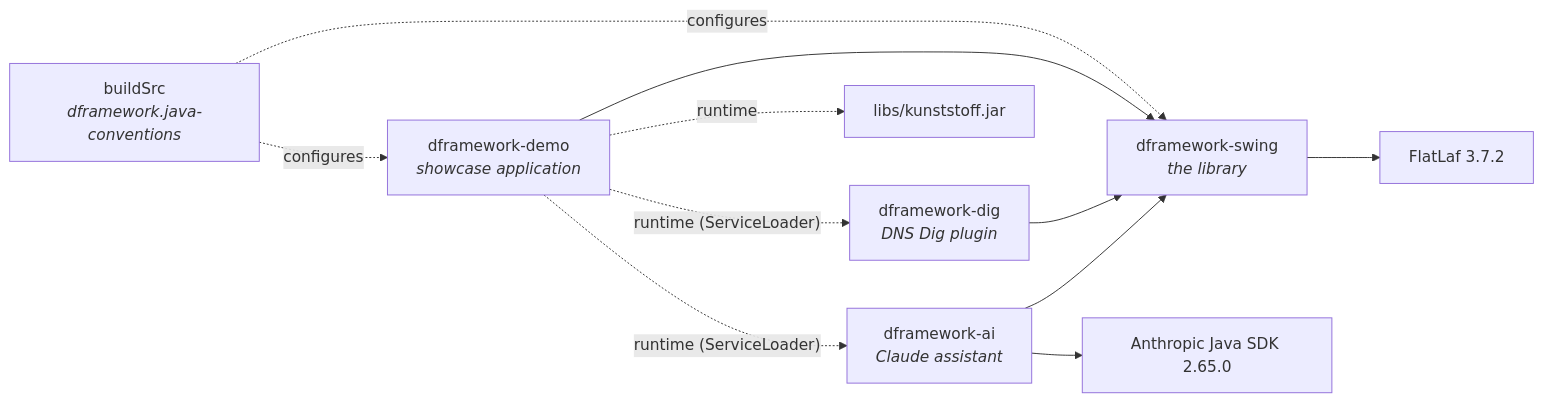
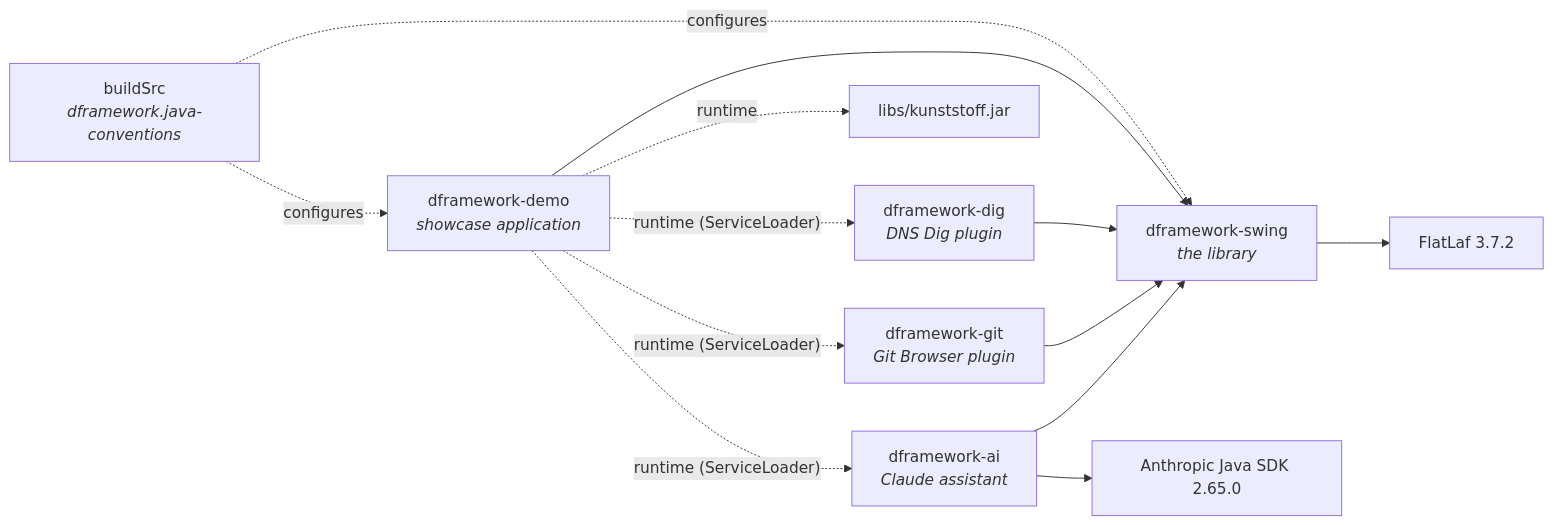
The diagram in docs/TECHNICAL_MANUAL.md (dalixinc/dframework), drawn with Mermaid before and after one commit. The commit also changed other lines of this file and 21 other files, not shown here.

First line of the commit message:
Add the Git Browser plugin: read-only git, every command shown and audited

````diff
--- a/docs/TECHNICAL_MANUAL.md
+++ b/docs/TECHNICAL_MANUAL.md
@@ -129,13 +129,15 @@
 ```mermaid
 graph LR
     demo["dframework-demo<br/><i>showcase application</i>"] --> swing["dframework-swing<br/><i>the library</i>"]
     dig["dframework-dig<br/><i>DNS Dig plugin</i>"] --> swing
     swing --> flatlaf["FlatLaf 3.7.2"]
     demo -. runtime .-> kunst["libs/kunststoff.jar"]
     demo -. "runtime (ServiceLoader)" .-> dig
+    git["dframework-git<br/><i>Git Browser plugin</i>"] --> swing
+    demo -. "runtime (ServiceLoader)" .-> git
     ai["dframework-ai<br/><i>Claude assistant</i>"] --> swing
     ai --> sdk["Anthropic Java SDK 2.65.0"]
     demo -. "runtime (ServiceLoader)" .-> ai
     buildSrc["buildSrc<br/><i>dframework.java-conventions</i>"] -. configures .-> swing
     buildSrc -. configures .-> demo
 ```
````
